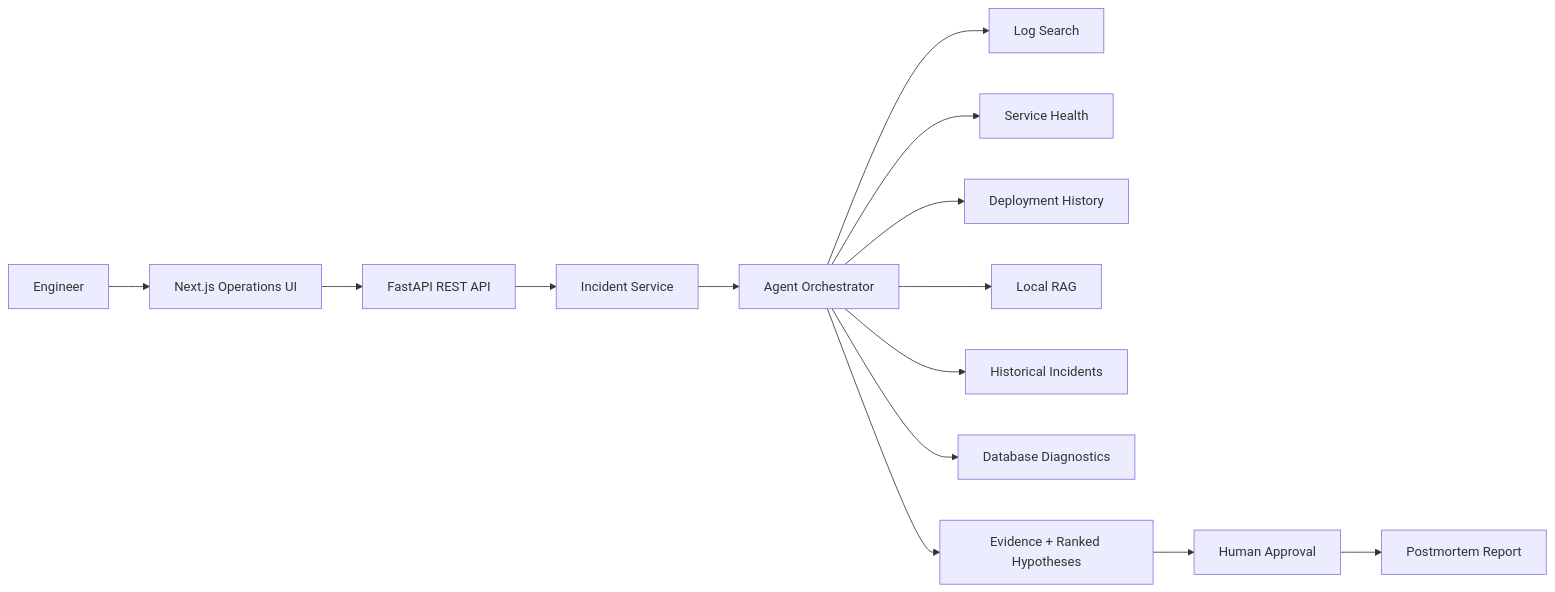
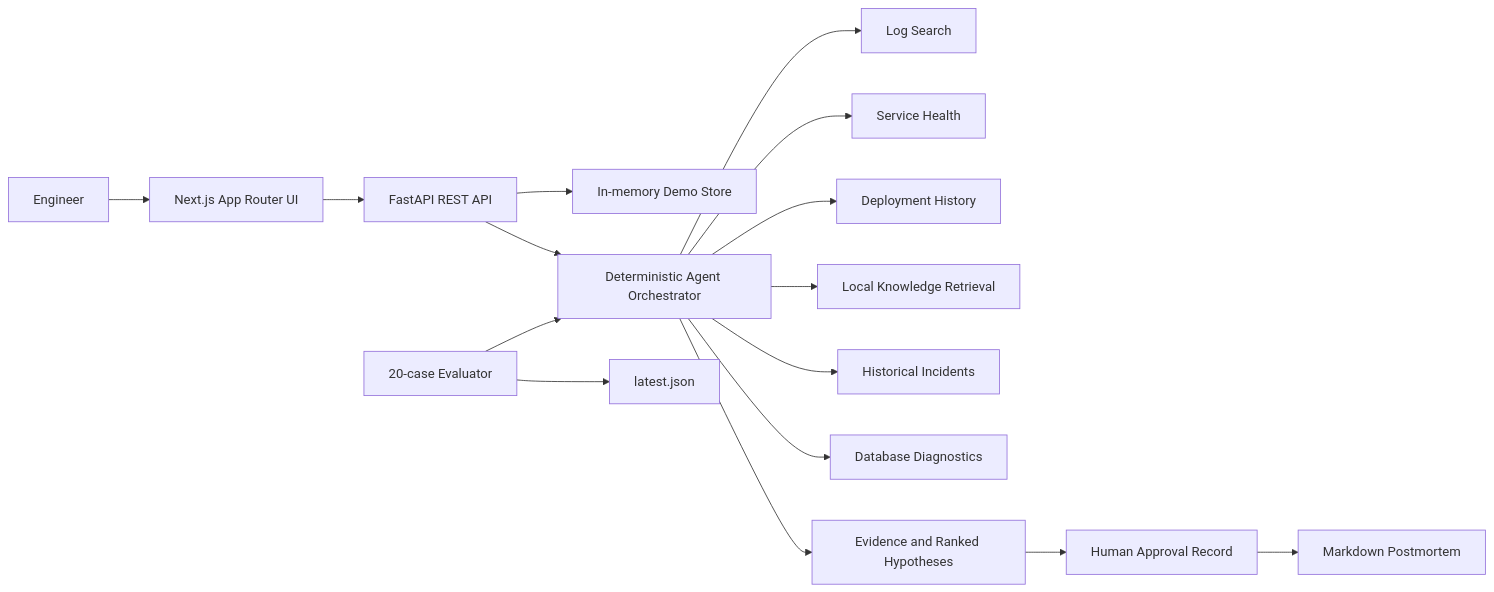
The second of 2 diagrams in README.md (Sreedev-a/AI-Operations-Copilot), drawn with Mermaid before and after one commit. The commit also changed other lines of this file and 2 other files, not shown here.

````diff
--- a/README.md
+++ b/README.md
@@ -23,16 +159,18 @@
 ```mermaid
 flowchart LR
-    U[Engineer] --> UI[Next.js Operations UI]
+    U[Engineer] --> UI[Next.js App Router UI]
     UI --> API[FastAPI REST API]
-    API --> S[Incident Service]
-    S --> A[Agent Orchestrator]
-    A --> L[Log Search]
-    A --> H[Service Health]
-    A --> D[Deployment History]
-    A --> K[Local RAG]
-    A --> I[Historical Incidents]
-    A --> DB[Database Diagnostics]
-    A --> RCA[Evidence + Ranked Hypotheses]
-    RCA --> HITL[Human Approval]
-    HITL --> R[Postmortem Report]
+    API --> STORE[In-memory Demo Store]
+    API --> AGENT[Deterministic Agent Orchestrator]
+    AGENT --> LOG[Log Search]
+    AGENT --> HEALTH[Service Health]
+    AGENT --> DEPLOY[Deployment History]
+    AGENT --> RAG[Local Knowledge Retrieval]
+    AGENT --> HIST[Historical Incidents]
+    AGENT --> DB[Database Diagnostics]
+    AGENT --> RCA[Evidence and Ranked Hypotheses]
+    RCA --> APPROVAL[Human Approval Record]
+    APPROVAL --> REPORT[Markdown Postmortem]
+    EVAL[20-case Evaluator] --> AGENT
+    EVAL --> ARTIFACT[latest.json]
 ```
````
